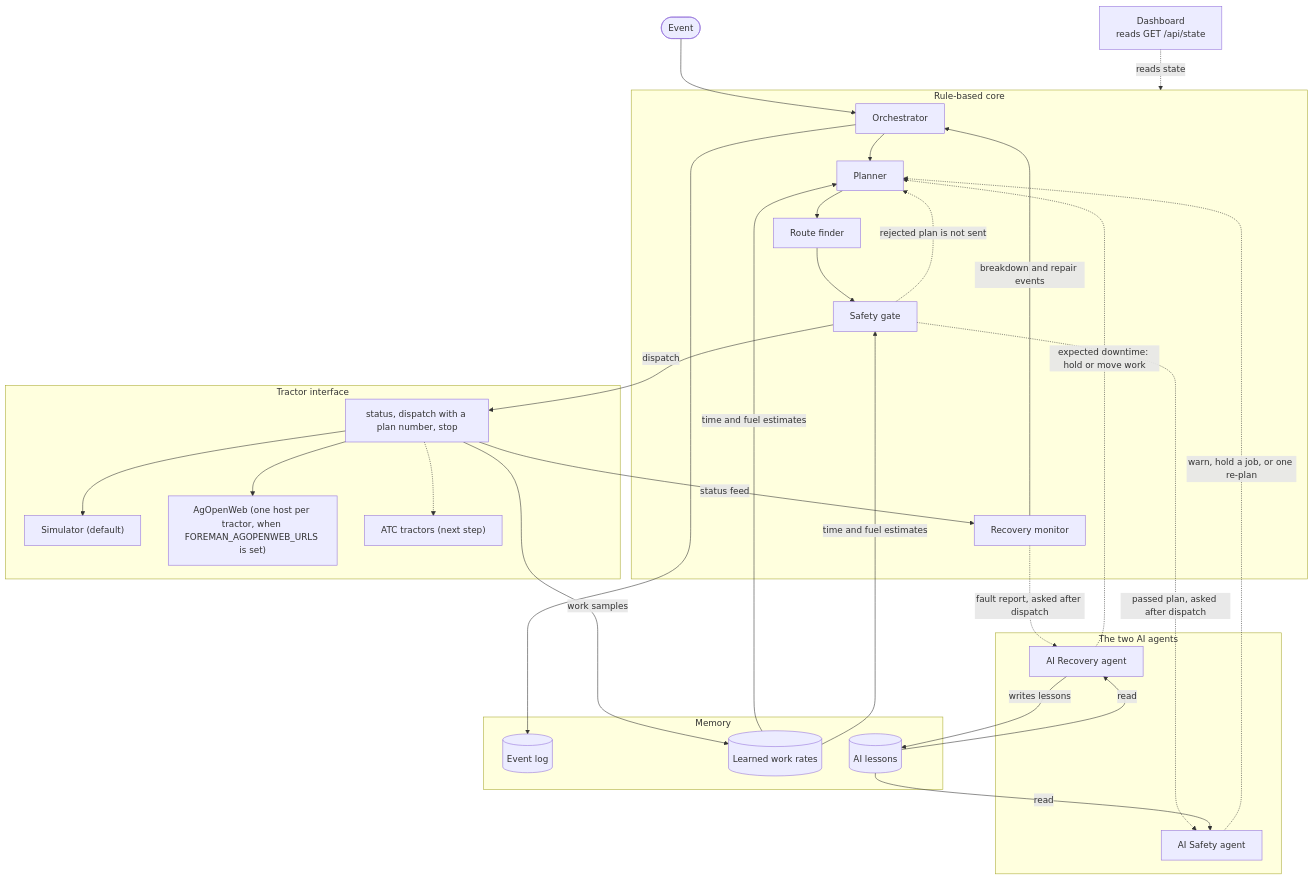
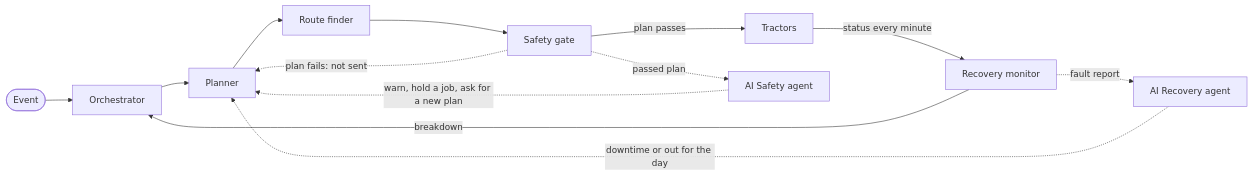
The diagram in README.md (zessani/fleet-foreman), drawn with Mermaid before and after one commit. The commit also changed other lines of this file, not shown here.

````diff
--- a/README.md
+++ b/README.md
@@ -27,54 +38,9 @@
 ```mermaid
-flowchart TB
-    dash["Dashboard<br/>reads GET /api/state"]
-
-    subgraph core["Rule-based core"]
-        orch["Orchestrator"]
-        plan["Planner"]
-        route["Route finder"]
-        gate["Safety gate"]
-        mon["Recovery monitor"]
-        orch --> plan --> route --> gate
-    end
-
-    subgraph ai["The two AI agents"]
-        airec["AI Recovery agent"]
-        aisafe["AI Safety agent"]
-    end
-
-    subgraph mem["Memory"]
-        log[("Event log")]
-        rates[("Learned work rates")]
-        lessons[("AI lessons")]
-    end
-
-    subgraph iface["Tractor interface"]
-        adapter["status, dispatch with a plan number, stop"]
-        sim["Simulator (default)"]
-        agow["AgOpenWeb (one host per tractor, when FOREMAN_AGOPENWEB_URLS is set)"]
-        atc["ATC tractors (next step)"]
-        adapter --> sim
-        adapter --> agow
-        adapter -.-> atc
-    end
-
-    ev(["Event"]) --> orch
-    gate -- "dispatch" --> adapter
-    gate -. "rejected plan is not sent" .-> plan
-    adapter -- "status feed" --> mon
-    mon -- "breakdown and repair events" --> orch
-    adapter -- "work samples" --> rates
-    rates -- "time and fuel estimates" --> plan
-    rates -- "time and fuel estimates" --> gate
-    orch --> log
-
-    mon -. "fault report, asked after dispatch" .-> airec
-    gate -. "passed plan, asked after dispatch" .-> aisafe
-    airec -. "expected downtime: hold or move work" .-> plan
-    aisafe -. "warn, hold a job, or one re-plan" .-> plan
-    airec -- "writes lessons" --> lessons
-    lessons -- "read" --> airec
-    lessons -- "read" --> aisafe
-
-    dash -. "reads state" .-> core
+flowchart LR
+    ev(["Event"]) --> orch["Orchestrator"] --> plan["Planner"] --> route["Route finder"] --> gate["Safety gate"]
+    gate -- "plan passes" --> tractors["Tractors"]
+    gate -. "plan fails: not sent" .-> plan
+    tractors -- "status every minute" --> mon["Recovery monitor"] -- "breakdown" --> orch
+    mon -. "fault report" .-> airec["AI Recovery agent"] -. "downtime or out for the day" .-> plan
+    gate -. "passed plan" .-> aisafe["AI Safety agent"] -. "warn, hold a job, ask for a new plan" .-> plan
 ```
````
